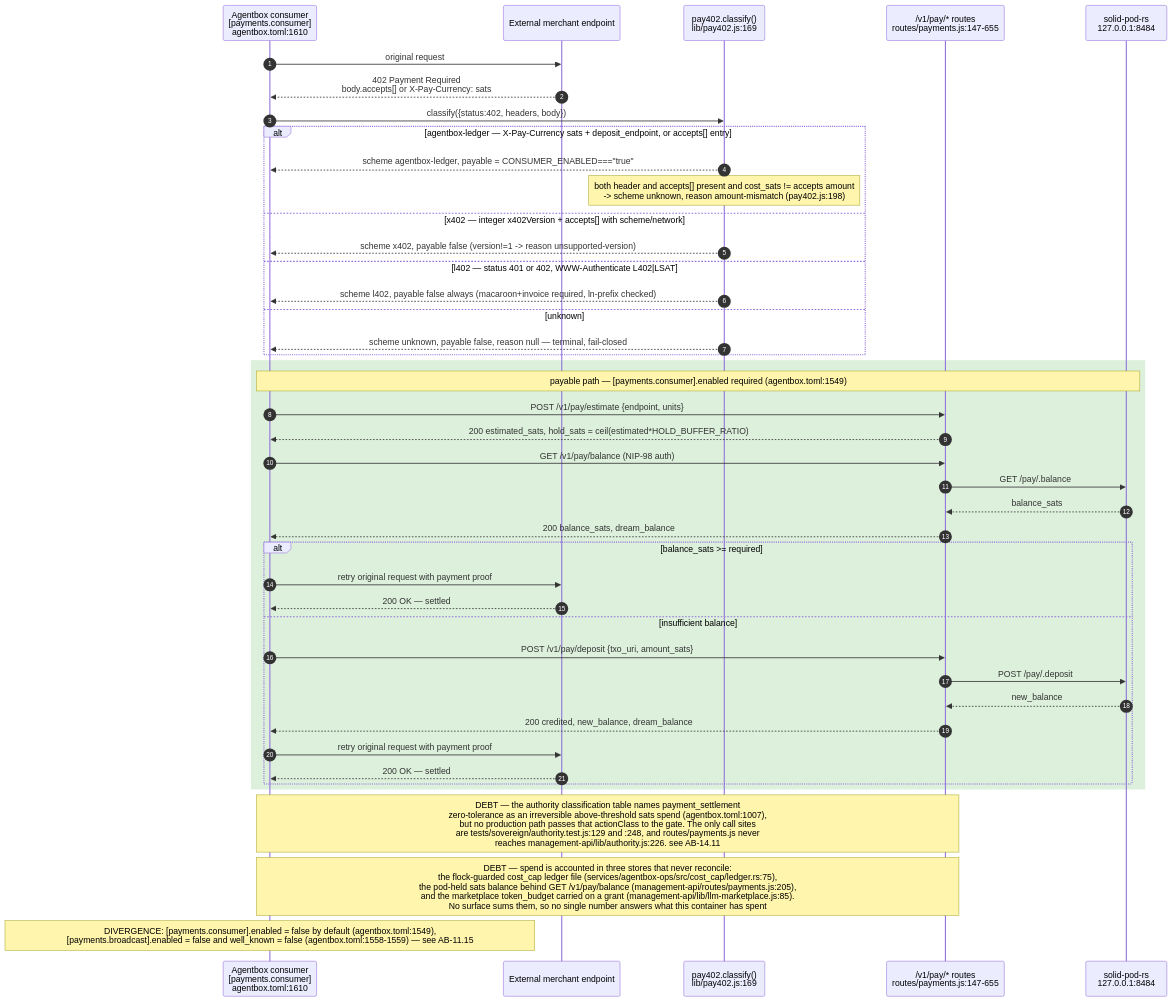
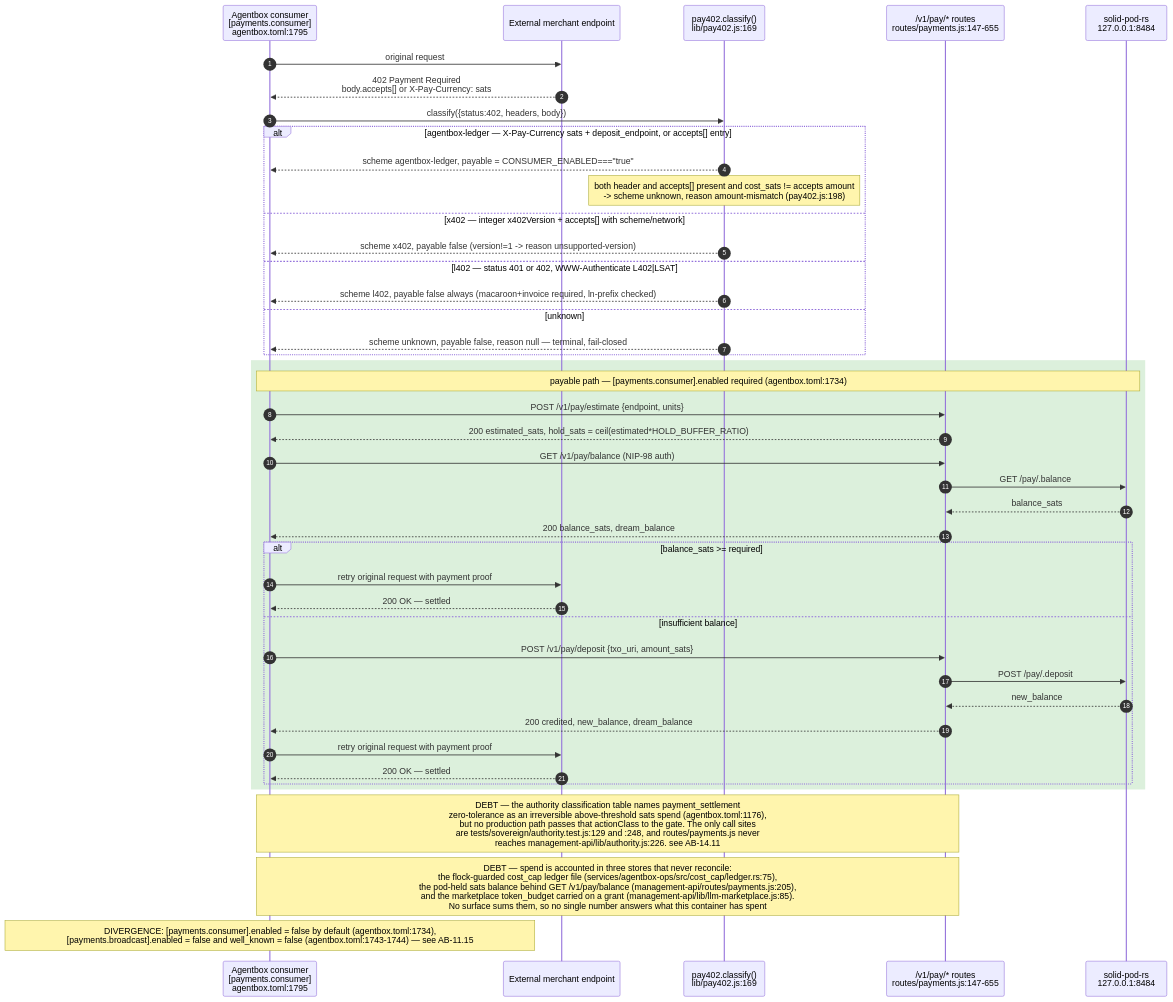
One commit to DreamLab-AI/VisionFlow changed the sixth of 14 diagrams in docs/diagrams/agentbox/15-capability-gating-spend-consultants.md. Above: the diagram before and after it, drawn with Mermaid. The commit also changed other lines of this file and 80 other files, not shown here.

First line of the commit message:
docs(diagrams): re-verify the agentbox, dreamlab, estate and visionflow corpus against current sources

````diff
--- a/docs/diagrams/agentbox/15-capability-gating-spend-consultants.md
+++ b/docs/diagrams/agentbox/15-capability-gating-spend-consultants.md
@@ -285,47 +285,47 @@
 ```mermaid
 sequenceDiagram
     autonumber
-    participant Agent as Agentbox consumer<br/>[payments.consumer]<br/>agentbox.toml:1610
+    participant Agent as Agentbox consumer<br/>[payments.consumer]<br/>agentbox.toml:1795
     participant Merchant as External merchant endpoint
     participant Classify as pay402.classify()<br/>lib/pay402.js:169
     participant Pay as /v1/pay/* routes<br/>routes/payments.js:147-655
     participant Pod as solid-pod-rs<br/>127.0.0.1:8484
 
     Agent->>Merchant: original request
     Merchant-->>Agent: 402 Payment Required<br/>body.accepts[] or X-Pay-Currency: sats
     Agent->>Classify: classify({status:402, headers, body})
     alt agentbox-ledger — X-Pay-Currency sats + deposit_endpoint, or accepts[] entry
         Classify-->>Agent: scheme agentbox-ledger, payable = CONSUMER_ENABLED==="true"
         Note over Classify: both header and accepts[] present and cost_sats != accepts amount<br/>-> scheme unknown, reason amount-mismatch (pay402.js:198)
     else x402 — integer x402Version + accepts[] with scheme/network
         Classify-->>Agent: scheme x402, payable false #40;version!=1 -> reason unsupported-version#41;
     else l402 — status 401 or 402, WWW-Authenticate L402#124;LSAT
         Classify-->>Agent: scheme l402, payable false always #40;macaroon+invoice required, ln-prefix checked#41;
     else unknown
         Classify-->>Agent: scheme unknown, payable false, reason null — terminal, fail-closed
     end
 
     rect rgb(220,240,220)
-    Note over Agent,Pod: payable path — [payments.consumer].enabled required (agentbox.toml:1549)
+    Note over Agent,Pod: payable path — [payments.consumer].enabled required (agentbox.toml:1734)
     Agent->>Pay: POST /v1/pay/estimate {endpoint, units}
     Pay-->>Agent: 200 estimated_sats, hold_sats = ceil(estimated*HOLD_BUFFER_RATIO)
     Agent->>Pay: GET /v1/pay/balance (NIP-98 auth)
     Pay->>Pod: GET /pay/.balance
     Pod-->>Pay: balance_sats
     Pay-->>Agent: 200 balance_sats, dream_balance
     alt balance_sats #62;#61; required
         Agent->>Merchant: retry original request with payment proof
         Merchant-->>Agent: 200 OK — settled
     else insufficient balance
         Agent->>Pay: POST /v1/pay/deposit {txo_uri, amount_sats}
         Pay->>Pod: POST /pay/.deposit
         Pod-->>Pay: new_balance
         Pay-->>Agent: 200 credited, new_balance, dream_balance
         Agent->>Merchant: retry original request with payment proof
         Merchant-->>Agent: 200 OK — settled
     end
     end
-    Note over Agent,Pay: DEBT — the authority classification table names payment_settlement<br/>zero-tolerance as an irreversible above-threshold sats spend (agentbox.toml:1007),<br/>but no production path passes that actionClass to the gate. The only call sites<br/>are tests/sovereign/authority.test.js:129 and :248, and routes/payments.js never<br/>reaches management-api/lib/authority.js:226. see AB-14.11
+    Note over Agent,Pay: DEBT — the authority classification table names payment_settlement<br/>zero-tolerance as an irreversible above-threshold sats spend (agentbox.toml:1176),<br/>but no production path passes that actionClass to the gate. The only call sites<br/>are tests/sovereign/authority.test.js:129 and :248, and routes/payments.js never<br/>reaches management-api/lib/authority.js:226. see AB-14.11
     Note over Agent,Pay: DEBT — spend is accounted in three stores that never reconcile:<br/>the flock-guarded cost_cap ledger file (services/agentbox-ops/src/cost_cap/ledger.rs:75),<br/>the pod-held sats balance behind GET /v1/pay/balance (management-api/routes/payments.js:205),<br/>and the marketplace token_budget carried on a grant (management-api/lib/llm-marketplace.js:85).<br/>No surface sums them, so no single number answers what this container has spent
-    Note over Agent: DIVERGENCE: #91;payments.consumer#93;.enabled = false by default #40;agentbox.toml:1549#41;,<br/>#91;payments.broadcast#93;.enabled = false and well_known = false #40;agentbox.toml:1558-1559#41; — see AB-11.15
+    Note over Agent: DIVERGENCE: #91;payments.consumer#93;.enabled = false by default #40;agentbox.toml:1734#41;,<br/>#91;payments.broadcast#93;.enabled = false and well_known = false #40;agentbox.toml:1743-1744#41; — see AB-11.15
 ```
````
